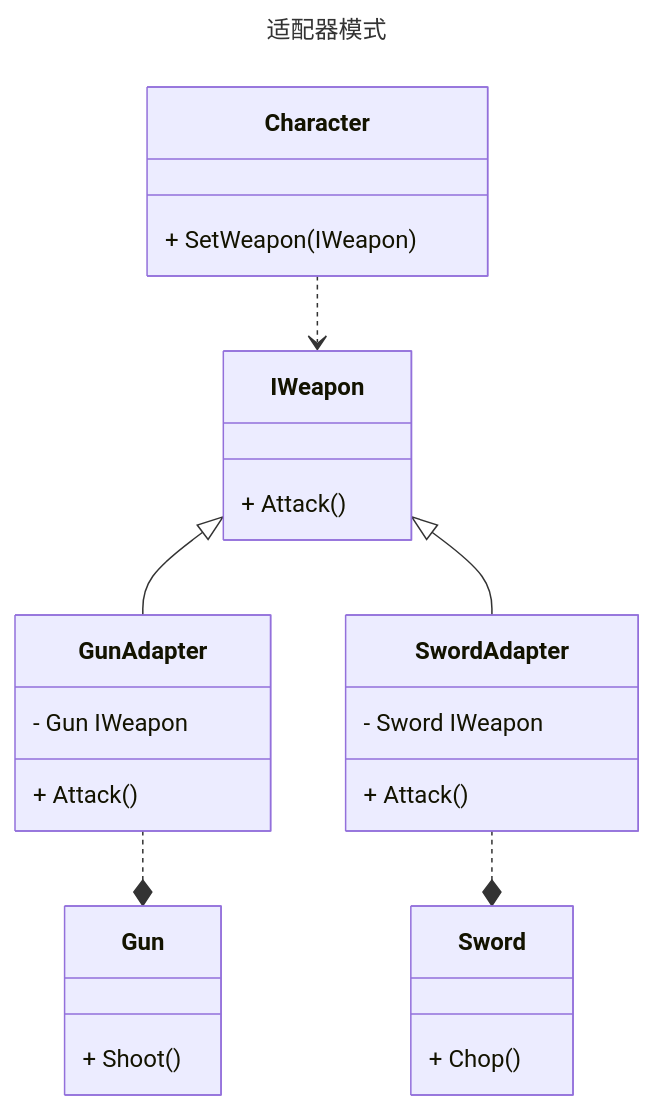
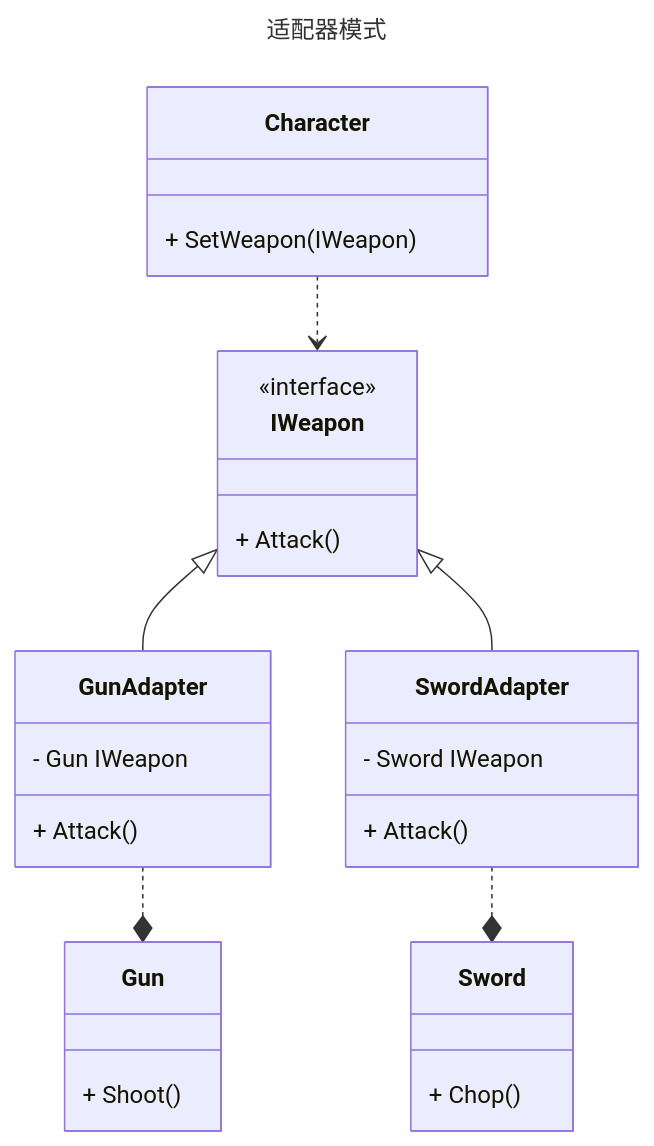
One commit to CollapseNav/CollapseNav.Net.Tool-Doc changed the diagram in other/knowledge/Design/6-Adapter.mdx. Above: the diagram before and after it, drawn with Mermaid. The commit also changed 2 other files, not shown here.

Commit message:
添加装饰模式的相关文档说明

````diff
--- a/other/knowledge/Design/6-Adapter.mdx
+++ b/other/knowledge/Design/6-Adapter.mdx
@@ -21,38 +21,39 @@
 ```mermaid
 ---
 title: 适配器模式
 ---
 classDiagram
 
 IWeapon <|-- GunAdapter
 IWeapon <|-- SwordAdapter
 GunAdapter ..* Gun
 SwordAdapter ..* Sword
 Character ..> IWeapon
 
 class Character{
     + SetWeapon(IWeapon)
 }
 
 class IWeapon{
+    <<interface>>
     + Attack()
 }
 
 class GunAdapter{
     - Gun IWeapon
     + Attack()
 }
 class SwordAdapter{
     - Sword IWeapon
     + Attack()
 }
 
 class Gun{
     + Shoot()
 }
 
 class Sword{
     + Chop()
 }
 
 ```
````
